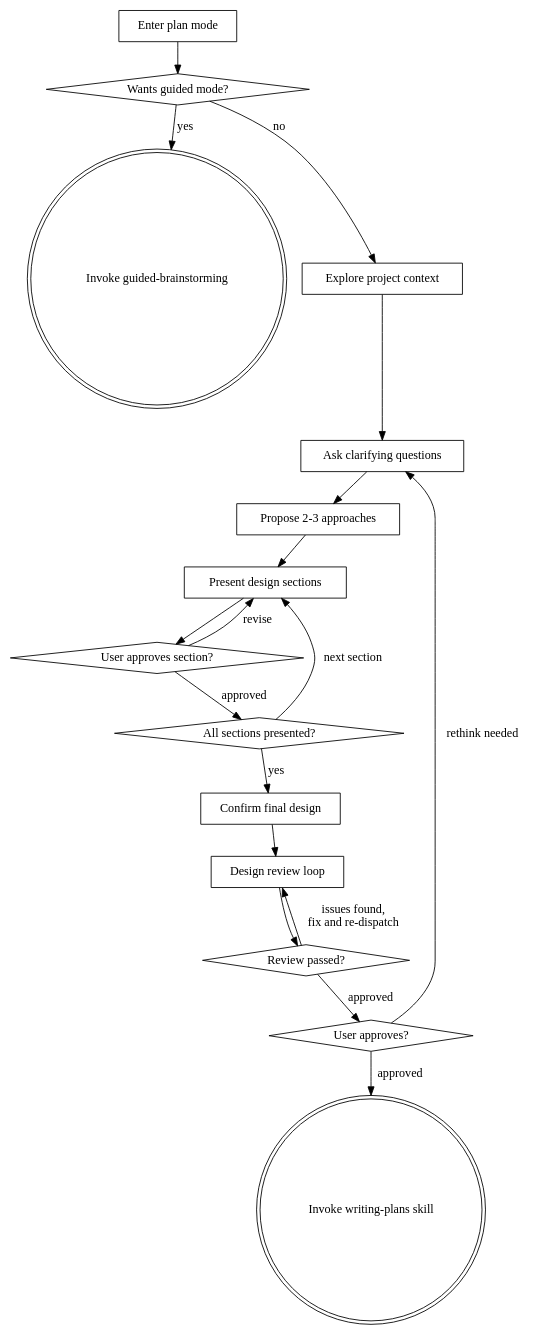
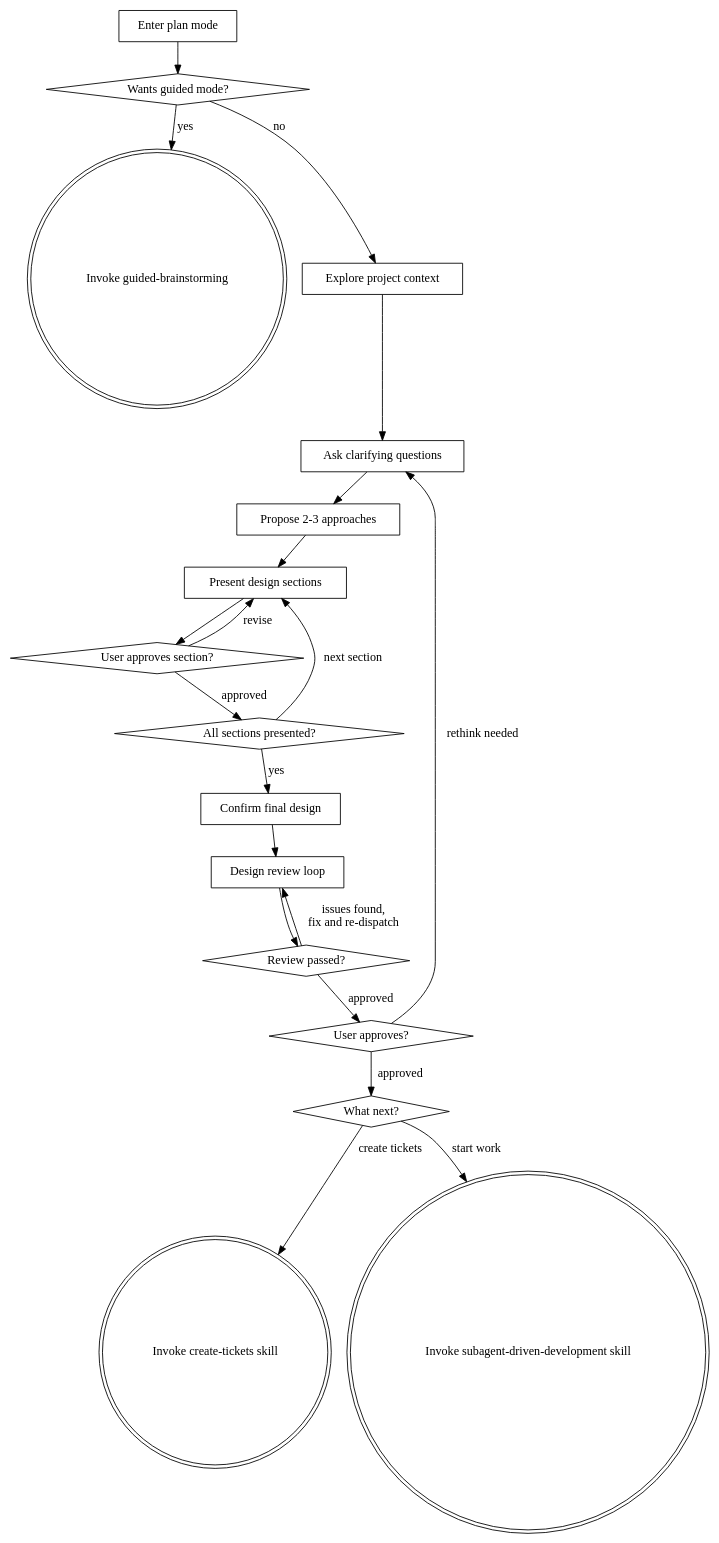
The diagram in claude/.claude/skills/brainstorming/SKILL.md (philipobenito/dot), drawn with Graphviz before and after one commit. The commit also changed other lines of this file and 29 other files, not shown here.

Commit message:
Remove writing-plans and plan-reviewer templates from multiple locations

````diff
--- a/claude/.claude/skills/brainstorming/SKILL.md
+++ b/claude/.claude/skills/brainstorming/SKILL.md
@@ -46,37 +46,41 @@
 ```dot
 digraph brainstorming {
     rankdir=TB;
     "Enter plan mode" [shape=box];
     "Wants guided mode?" [shape=diamond];
     "Invoke guided-brainstorming" [shape=doublecircle];
     "Explore project context" [shape=box];
     "Ask clarifying questions" [shape=box];
     "Propose 2-3 approaches" [shape=box];
     "Present design sections" [shape=box];
     "User approves section?" [shape=diamond];
     "All sections presented?" [shape=diamond];
     "Confirm final design" [shape=box];
     "Design review loop" [shape=box];
     "Review passed?" [shape=diamond];
     "User approves?" [shape=diamond];
-    "Invoke writing-plans skill" [shape=doublecircle];
+    "What next?" [shape=diamond];
 
     "Enter plan mode" -> "Wants guided mode?";
     "Wants guided mode?" -> "Invoke guided-brainstorming" [label="yes"];
     "Wants guided mode?" -> "Explore project context" [label="no"];
     "Explore project context" -> "Ask clarifying questions";
     "Ask clarifying questions" -> "Propose 2-3 approaches";
     "Propose 2-3 approaches" -> "Present design sections";
     "Present design sections" -> "User approves section?";
     "User approves section?" -> "Present design sections" [label="revise"];
     "User approves section?" -> "All sections presented?" [label="approved"];
     "All sections presented?" -> "Present design sections" [label="next section"];
     "All sections presented?" -> "Confirm final design" [label="yes"];
     "Confirm final design" -> "Design review loop";
     "Design review loop" -> "Review passed?";
     "Review passed?" -> "Design review loop" [label="issues found,\nfix and re-dispatch"];
     "Review passed?" -> "User approves?" [label="approved"];
     "User approves?" -> "Ask clarifying questions" [label="rethink needed"];
-    "User approves?" -> "Invoke writing-plans skill" [label="approved"];
+    "User approves?" -> "What next?" [label="approved"];
+    "Invoke create-tickets skill" [shape=doublecircle];
+    "Invoke subagent-driven-development skill" [shape=doublecircle];
+    "What next?" -> "Invoke create-tickets skill" [label="create tickets"];
+    "What next?" -> "Invoke subagent-driven-development skill" [label="start work"];
 }
 ```
````
